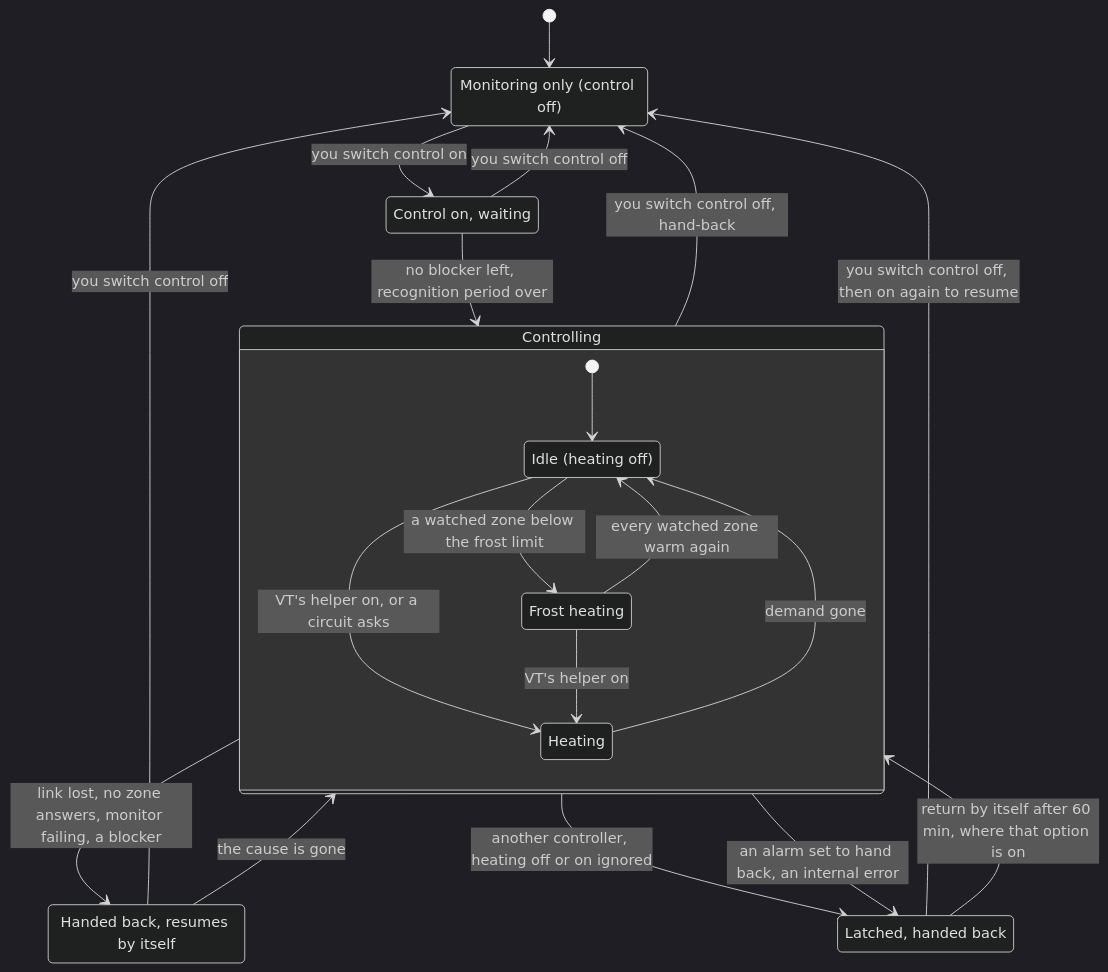
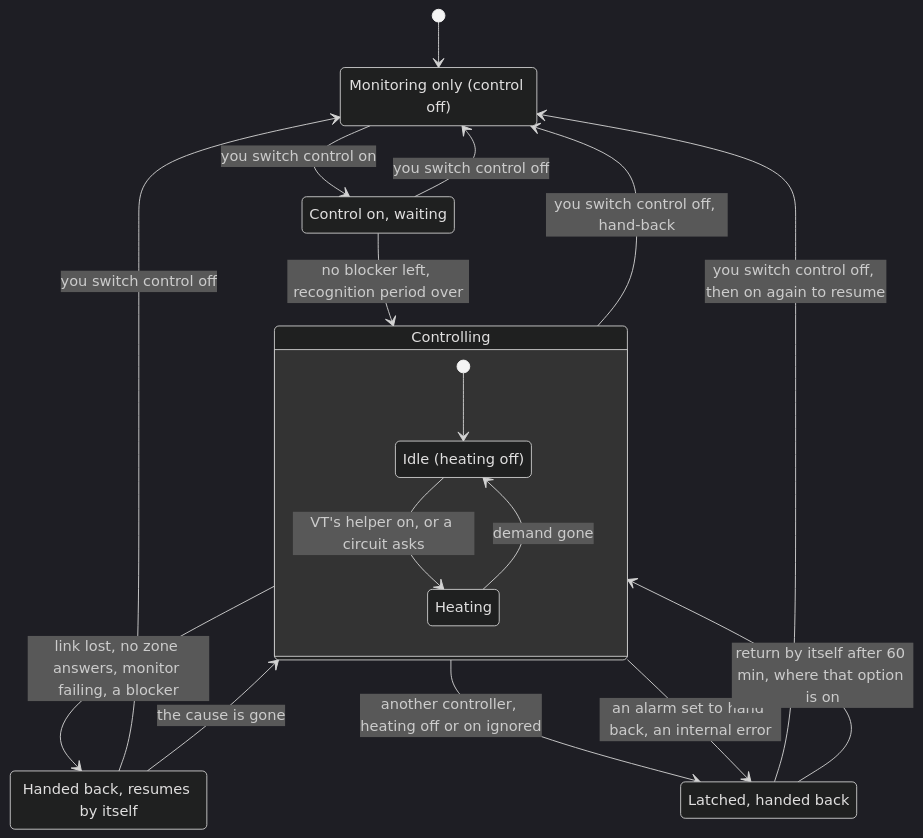
Before and after one commit to Shadow-230/vtherm-smart-boiler: the diagram in docs/en/user-guide/user-guide.md, drawn with Mermaid (dark theme). The commit also changed other lines of this file and 58 other files, not shown here.

````diff
--- a/docs/en/user-guide/user-guide.md
+++ b/docs/en/user-guide/user-guide.md
@@ -1129,33 +1129,29 @@
 ```mermaid
 stateDiagram-v2
     state "Monitoring only (control off)" as Monitoring
     state "Control on, waiting" as Waiting
     state "Handed back, resumes by itself" as HandedBack
     state "Latched, handed back" as Latched
 
     [*] --> Monitoring
     Monitoring --> Waiting: you switch control on
     Waiting --> Controlling: no blocker left, recognition period over
 
     state Controlling {
         state "Idle (heating off)" as Idle
         state "Heating" as Heating
-        state "Frost heating" as Frost
         [*] --> Idle
         Idle --> Heating: VT's helper on, or a circuit asks
         Heating --> Idle: demand gone
-        Idle --> Frost: a watched zone below the frost limit
-        Frost --> Idle: every watched zone warm again
-        Frost --> Heating: VT's helper on
     }
 
     Controlling --> HandedBack: link lost, no zone answers, monitor failing, a blocker
     HandedBack --> Controlling: the cause is gone
     Controlling --> Latched: another controller, heating off or on ignored
     Controlling --> Latched: an alarm set to hand back, an internal error
     Latched --> Controlling: return by itself after 60 min, where that option is on
     Controlling --> Monitoring: you switch control off, hand-back
     HandedBack --> Monitoring: you switch control off
     Latched --> Monitoring: you switch control off, then on again to resume
     Waiting --> Monitoring: you switch control off
 ```
````
